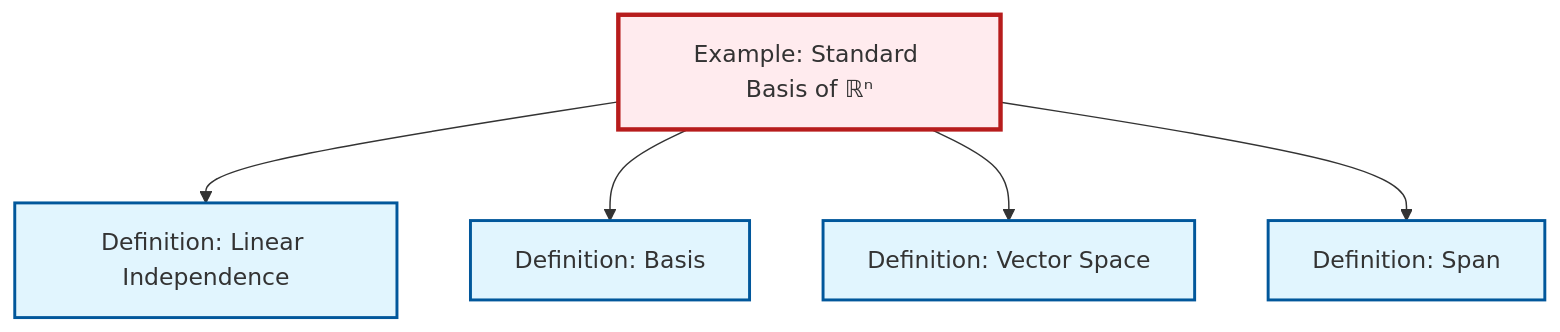
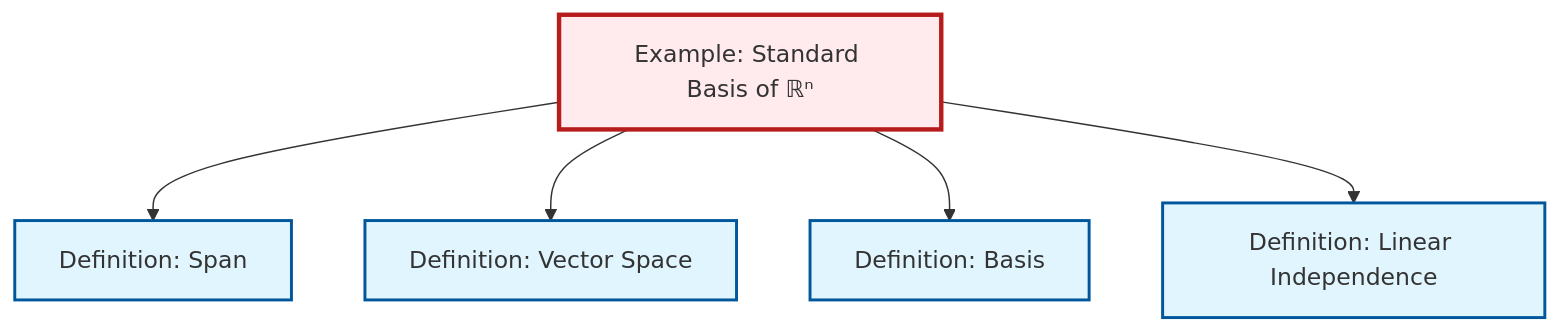
Before and after one commit to RK0429/ModernMath: the diagram in content/ja/algebra/ex-standard-basis-rn.qmd, drawn with Mermaid. The commit also changed other lines of this file and 597 other files, not shown here.

````diff
--- a/content/ja/algebra/ex-standard-basis-rn.qmd
+++ b/content/ja/algebra/ex-standard-basis-rn.qmd
@@ -63,23 +63,23 @@
 ```{mermaid}
 %%| fig-cap: "Local dependency graph"
 graph TD
     classDef definition fill:#e1f5fe,stroke:#01579b,stroke-width:2px
     classDef theorem fill:#f3e5f5,stroke:#4a148c,stroke-width:2px
     classDef axiom fill:#fff3e0,stroke:#e65100,stroke-width:2px
     classDef example fill:#e8f5e9,stroke:#1b5e20,stroke-width:2px
     classDef current fill:#ffebee,stroke:#b71c1c,stroke-width:3px
+    def-span["Definition: Span"]:::definition
     def-vector-space["Definition: Vector Space"]:::definition
+    ex-standard-basis-rn["Example: Standard Basis of ℝⁿ"]:::example
     def-basis["Definition: Basis"]:::definition
     def-linear-independence["Definition: Linear Independence"]:::definition
-    ex-standard-basis-rn["Example: Standard Basis of ℝⁿ"]:::example
-    def-span["Definition: Span"]:::definition
+    ex-standard-basis-rn --> def-span
+    ex-standard-basis-rn --> def-vector-space
+    ex-standard-basis-rn --> def-basis
     ex-standard-basis-rn --> def-linear-independence
-    ex-standard-basis-rn --> def-basis
-    ex-standard-basis-rn --> def-vector-space
-    ex-standard-basis-rn --> def-span
     class ex-standard-basis-rn current
+    click def-span "def-span.html" "Definition: Spanへ"
     click def-vector-space "def-vector-space.html" "Definition: Vector Spaceへ"
     click def-basis "def-basis.html" "Definition: Basisへ"
     click def-linear-independence "def-linear-independence.html" "Definition: Linear Independenceへ"
-    click def-span "def-span.html" "Definition: Spanへ"
 ```
````
